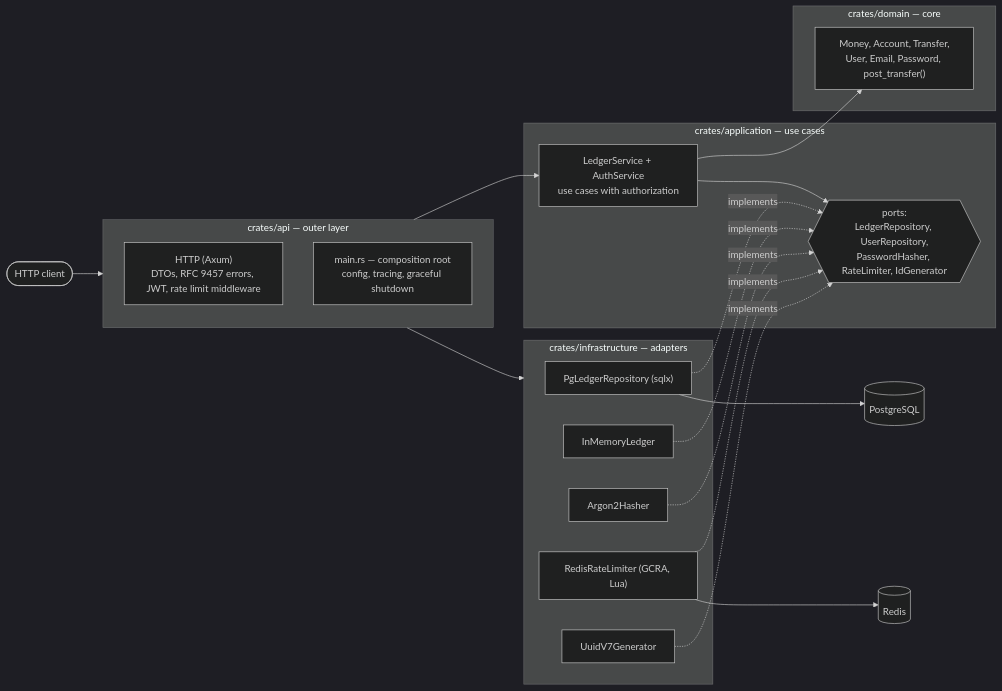
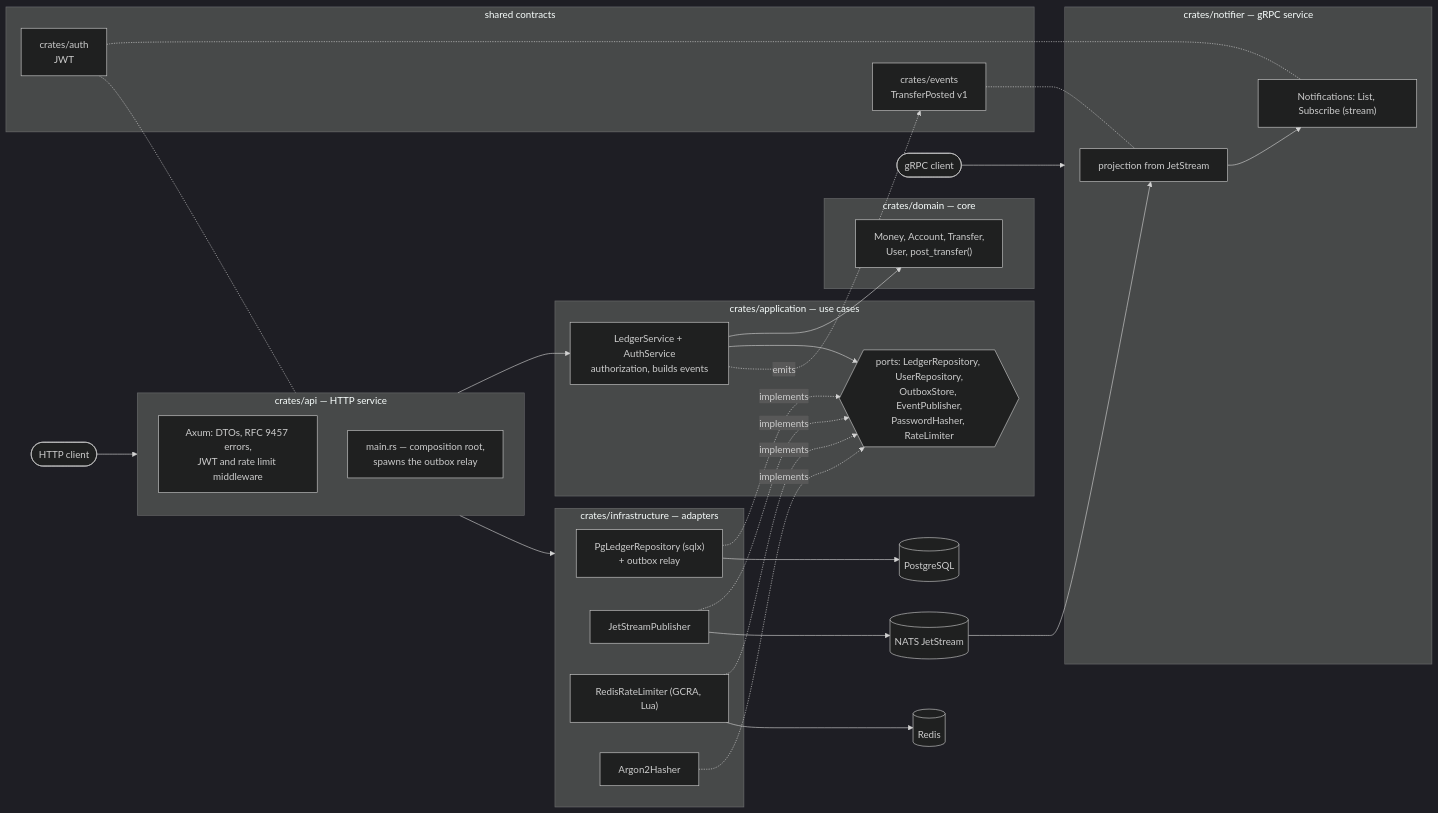
One commit to fn-devX/ledger changed the first of 2 diagrams in README.md. Above: the diagram before and after it, drawn with Mermaid (dark theme). The commit also changed other lines of this file and 41 other files, not shown here.

Commit message:
feat: transactional outbox to NATS JetStream and gRPC notification service

````diff
--- a/README.md
+++ b/README.md
@@ -9,39 +11,55 @@
 ```mermaid
 flowchart LR
     client([HTTP client]) --> api
+    watcher([gRPC client]) --> notifier
 
-    subgraph api["crates/api — outer layer"]
+    subgraph api["crates/api — HTTP service"]
         direction TB
-        http["HTTP (Axum)<br/>DTOs, RFC 9457 errors, JWT, rate limit middleware"]
-        root["main.rs — composition root<br/>config, tracing, graceful shutdown"]
+        http["Axum: DTOs, RFC 9457 errors,<br/>JWT and rate limit middleware"]
+        root["main.rs — composition root,<br/>spawns the outbox relay"]
     end
 
     subgraph app["crates/application — use cases"]
-        svc["LedgerService + AuthService<br/>use cases with authorization"]
-        ports{{"ports:<br/>LedgerRepository, UserRepository,<br/>PasswordHasher, RateLimiter, IdGenerator"}}
+        svc["LedgerService + AuthService<br/>authorization, builds events"]
+        ports{{"ports: LedgerRepository, UserRepository,<br/>OutboxStore, EventPublisher,<br/>PasswordHasher, RateLimiter"}}
     end
 
     subgraph dom["crates/domain — core"]
-        model["Money, Account, Transfer,<br/>User, Email, Password, post_transfer()"]
+        model["Money, Account, Transfer,<br/>User, post_transfer()"]
     end
 
     subgraph infra["crates/infrastructure — adapters"]
-        pg["PgLedgerRepository (sqlx)"]
-        mem["InMemoryLedger"]
+        pg["PgLedgerRepository (sqlx)<br/>+ outbox relay"]
+        js["JetStreamPublisher"]
+        redis["RedisRateLimiter (GCRA, Lua)"]
         argon["Argon2Hasher"]
-        redis["RedisRateLimiter (GCRA, Lua)"]
-        ids["UuidV7Generator"]
+    end
+
+    subgraph contracts["shared contracts"]
+        events["crates/events<br/>TransferPosted v1"]
+        auth["crates/auth<br/>JWT"]
+    end
+
+    subgraph notifier["crates/notifier — gRPC service"]
+        proj["projection from JetStream"]
+        grpc["Notifications: List, Subscribe (stream)"]
     end
 
     http --> svc
     svc --> model
     svc --> ports
+    svc -. emits .-> events
     pg -. implements .-> ports
-    mem -. implements .-> ports
-    ids -. implements .-> ports
+    js -. implements .-> ports
+    redis -. implements .-> ports
     argon -. implements .-> ports
-    redis -. implements .-> ports
     root --> infra
     pg --> db[(PostgreSQL)]
     redis --> rds[(Redis)]
+    js --> nats[(NATS JetStream)]
+    nats --> proj
+    proj --> grpc
+    events -.- proj
+    auth -.- http
+    auth -.- grpc
 ```
````
